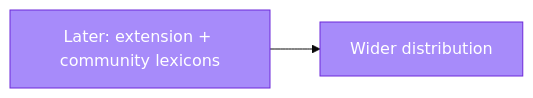
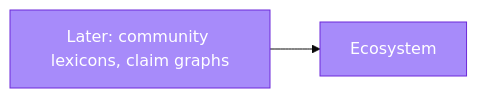
Before and after one commit to aniruddhaadak80/truthlens: the ninth of 9 diagrams in README.md, drawn with Mermaid (base theme). The commit also changed other lines of this file and 28 other files, not shown here.

First line of the commit message:
Engine v2026.2.0: caption-aware scoring, claim ledger, drift, and comparison

````diff
--- a/README.md
+++ b/README.md
@@ -324,6 +353,6 @@
 ```mermaid
 graph LR
-  LATER[Later: extension + community lexicons] --> REACH[Wider distribution]
+  LATER[Later: community lexicons, claim graphs] --> MATURITY[Ecosystem]
   classDef engine fill:#a78bfa,stroke:#6d28d9,color:#ffffff
-  class LATER,REACH engine
+  class LATER,MATURITY engine
 ```
````
